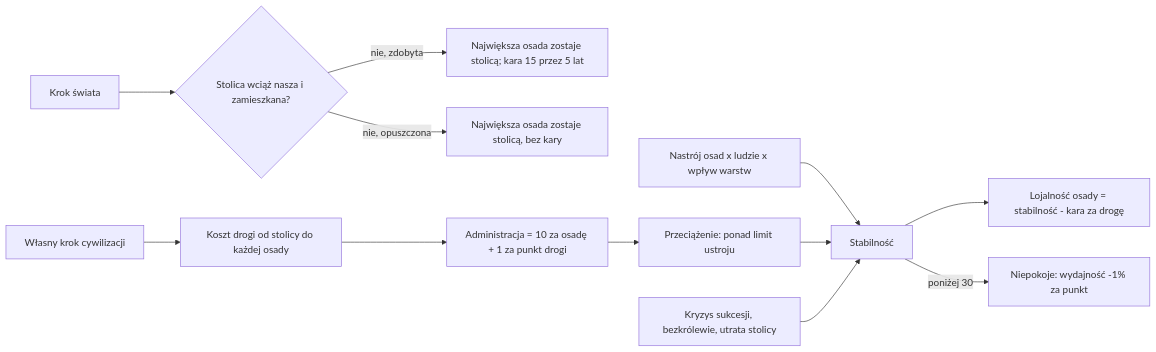
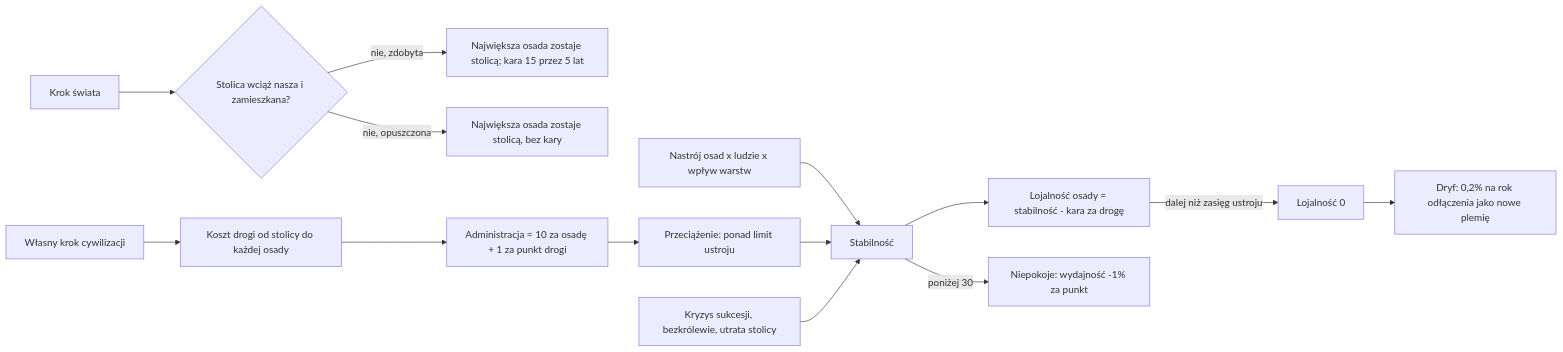
One commit to CoStellar/CivSim2 changed the diagram in docs/systems/stability.md. Above: the diagram before and after it, drawn with Mermaid. The commit also changed other lines of this file and 11 other files, not shown here.

````diff
--- a/docs/systems/stability.md
+++ b/docs/systems/stability.md
@@ -22,14 +22,16 @@
 ```mermaid
 flowchart LR
   K[Krok świata] --> C{Stolica wciąż nasza i zamieszkana?}
   C -->|nie, zdobyta| L[Największa osada zostaje stolicą; kara 15 przez 5 lat]
   C -->|nie, opuszczona| M[Największa osada zostaje stolicą, bez kary]
   W[Własny krok cywilizacji] --> R[Koszt drogi od stolicy do każdej osady]
   R --> A[Administracja = 10 za osadę + 1 za punkt drogi]
   A --> O[Przeciążenie: ponad limit ustroju]
   N[Nastrój osad x ludzie x wpływ warstw] --> S[Stabilność]
   O --> S
   X[Kryzys sukcesji, bezkrólewie, utrata stolicy] --> S
   S --> Y[Lojalność osady = stabilność - kara za drogę]
+  Y -->|dalej niż zasięg ustroju| Z[Lojalność 0]
+  Z --> D[Dryf: 0,2% na rok odłączenia jako nowe plemię]
   S -->|poniżej 30| U[Niepokoje: wydajność -1% za punkt]
 ```
````
